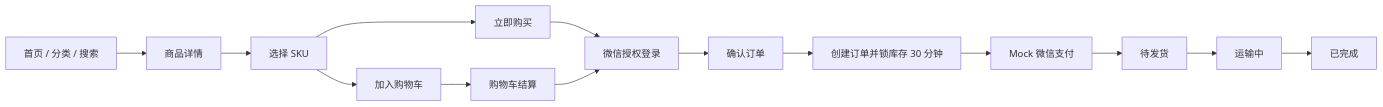
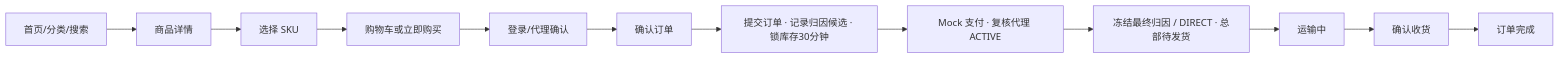
One commit to wuyu222dii/Frontend-ToC-Portal-Admin-Backend-Management-System-for-Private-Domain-Mall changed the second of 2 diagrams in docs/02-方案设计/原型设计方案.md. Above: the diagram before and after it, drawn with Mermaid. The commit also changed other lines of this file and 53 other files, not shown here.

````diff
--- a/docs/02-方案设计/原型设计方案.md
+++ b/docs/02-方案设计/原型设计方案.md
@@ -100,16 +131,14 @@
 ```mermaid
 flowchart LR
-  A["首页 / 分类 / 搜索"] --> B["商品详情"]
+  A["首页/分类/搜索"] --> B["商品详情"]
   B --> C["选择 SKU"]
-  C --> D["加入购物车"]
-  C --> E["立即购买"]
-  D --> F["购物车结算"]
-  E --> G["微信授权登录"]
-  F --> G
-  G --> H["确认订单"]
-  H --> I["创建订单并锁库存 30 分钟"]
-  I --> J["Mock 微信支付"]
-  J --> K["待发货"]
-  K --> L["运输中"]
-  L --> M["已完成"]
+  C --> D["购物车或立即购买"]
+  D --> E["登录/代理确认"]
+  E --> F["确认订单"]
+  F --> G["提交订单 · 记录归因候选 · 锁库存30分钟"]
+  G --> H["Mock 支付 · 复核代理 ACTIVE"]
+  H --> I["冻结最终归因 / DIRECT · 总部待发货"]
+  I --> J["运输中"]
+  J --> K["确认收货"]
+  K --> L["订单完成"]
 ```
````
